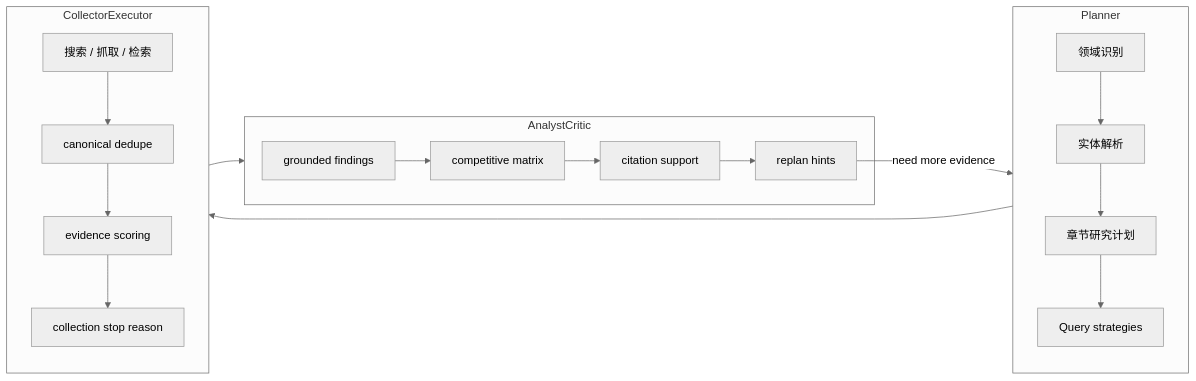
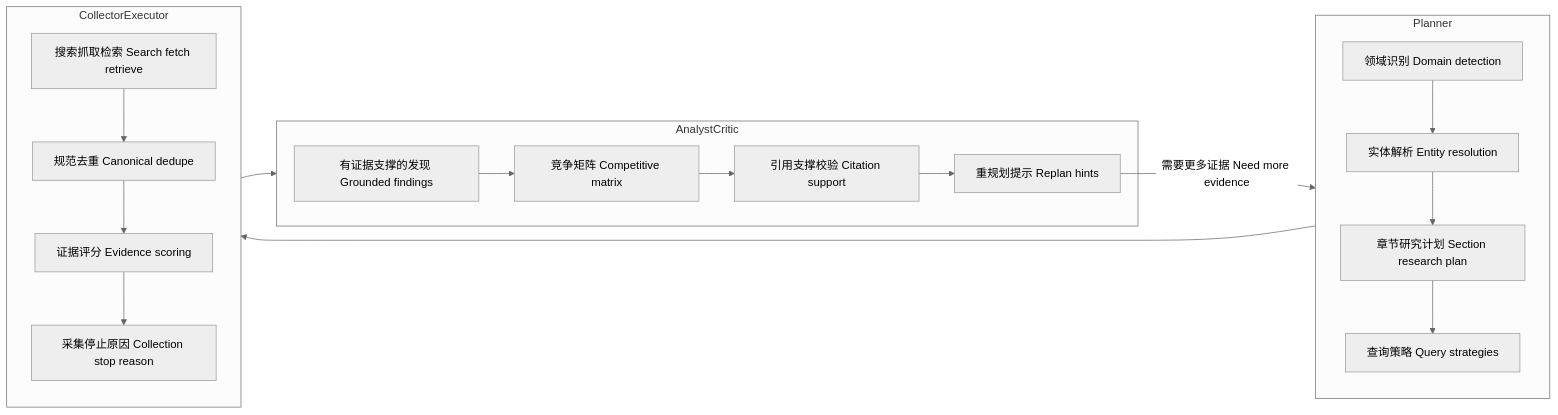
Before and after one commit to Caser-86/InsightGraph: the second of 3 diagrams in README.md, drawn with Mermaid (neutral theme). The commit also changed other lines of this file, not shown here.

Commit message:
docs: add bilingual README flowcharts

````diff
--- a/README.md
+++ b/README.md
@@ -92,24 +92,24 @@
 ```mermaid
 flowchart LR
     subgraph Planner
-        P1[领域识别] --> P2[实体解析]
-        P2 --> P3[章节研究计划]
-        P3 --> P4[Query strategies]
+        P1["领域识别 Domain detection"] --> P2["实体解析 Entity resolution"]
+        P2 --> P3["章节研究计划 Section research plan"]
+        P3 --> P4["查询策略 Query strategies"]
     end
 
     subgraph CollectorExecutor
-        E1[搜索 / 抓取 / 检索] --> E2[canonical dedupe]
-        E2 --> E3[evidence scoring]
-        E3 --> E4[collection stop reason]
+        E1["搜索抓取检索 Search fetch retrieve"] --> E2["规范去重 Canonical dedupe"]
+        E2 --> E3["证据评分 Evidence scoring"]
+        E3 --> E4["采集停止原因 Collection stop reason"]
     end
 
     subgraph AnalystCritic
-        A1[grounded findings] --> A2[competitive matrix]
-        A2 --> C1[citation support]
-        C1 --> C2[replan hints]
+        A1["有证据支撑的发现 Grounded findings"] --> A2["竞争矩阵 Competitive matrix"]
+        A2 --> C1["引用支撑校验 Citation support"]
+        C1 --> C2["重规划提示 Replan hints"]
     end
 
     Planner --> CollectorExecutor
     CollectorExecutor --> AnalystCritic
-    C2 -->|need more evidence| Planner
+    C2 -->|"需要更多证据 Need more evidence"| Planner
 ```
````
